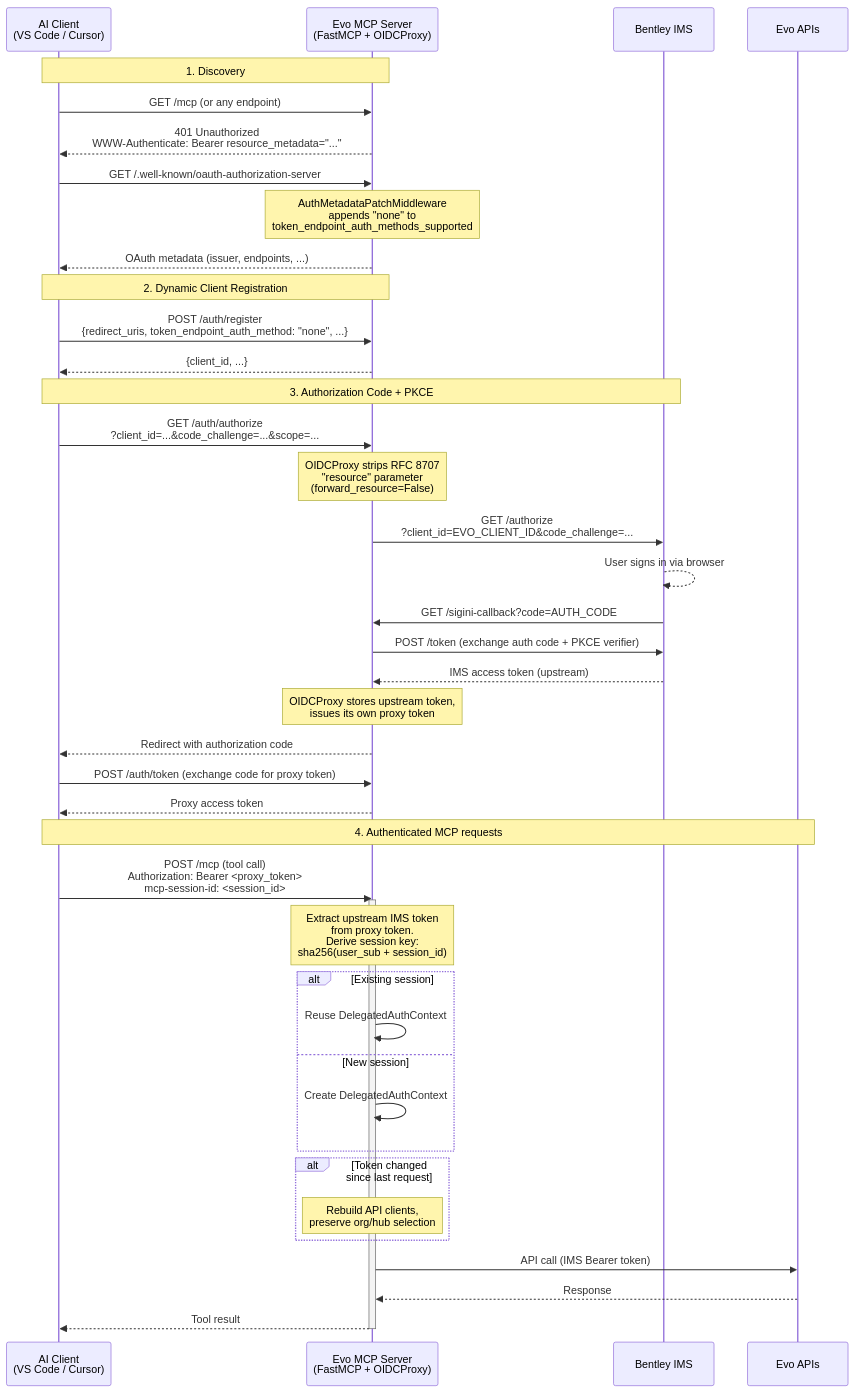
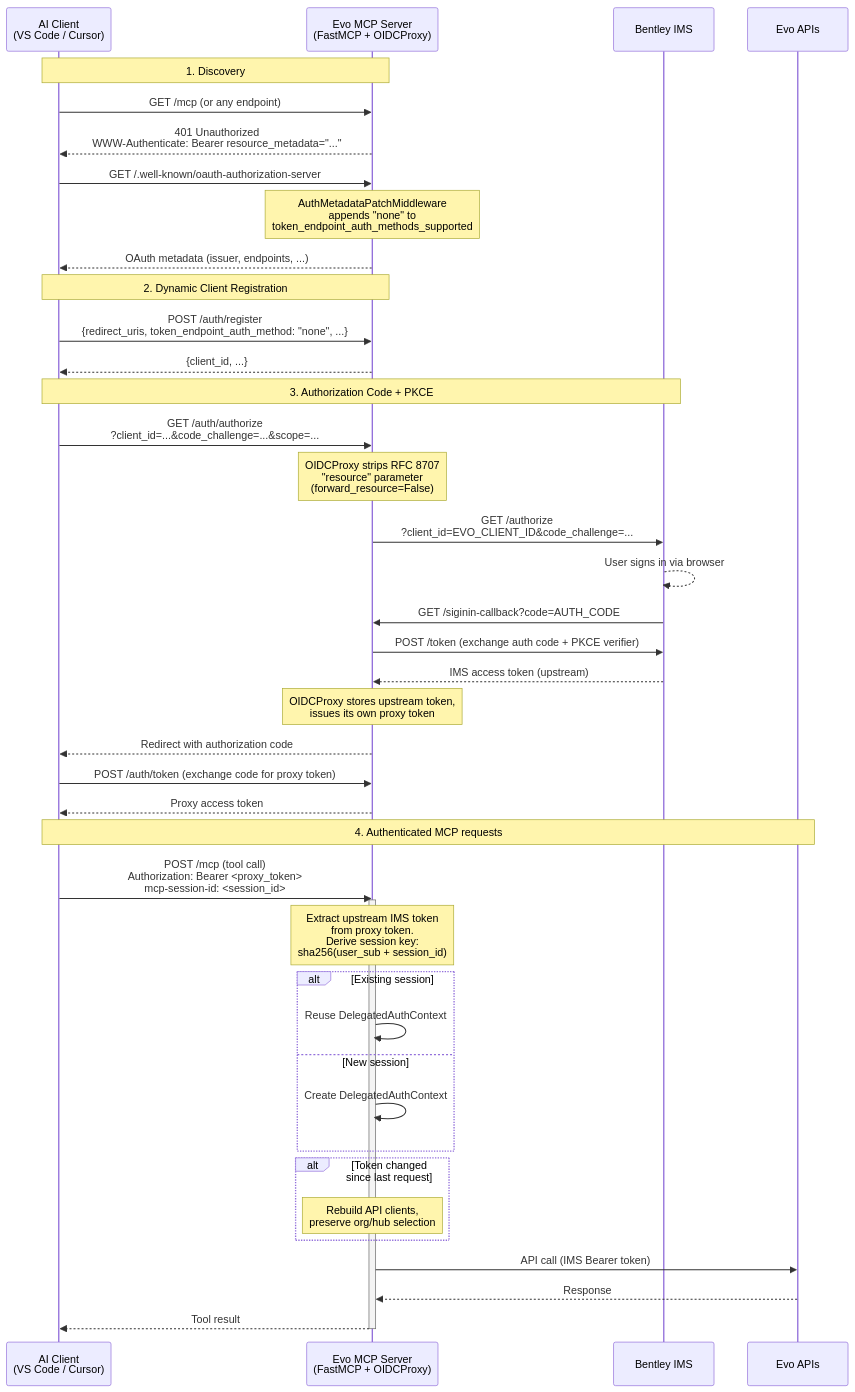
The fourth of 5 diagrams in docs/authentication.md (SeequentEvo/evo-mcp), drawn with Mermaid before and after one commit. The commit also changed 2 other files, not shown here.

Commit message:
fix(_CleanupTTLCache): remove redundant pop/popitem overrides; fix double-cleanup bug  - Remove pop() and popitem() overrides from _CleanupTTLCache.    Both were redundant and caused cleanup() to be called 2-3x per    eviction: Cache.pop() already calls del self[key] -> __delitem__,    which in turn calls _cleanup_value().  - Keep __delitem__, expire(), and clear() — each covers a distinct    eviction path that would otherwise bypass cleanup.  - Add tests asserting cleanup() is called exactly once for every    eviction path: TTL expiry, explicit del, pop(), maxsize eviction,    and clear().  - Consolidate all inline imports in test_session_isolation.py to the    top level; replace __import__() calls with a normal import.  - Refactor _make_mock_token() to include iat (defaults to current    POSIX time) so repeated calls with the same sub yield distinct    token strings, simplifying the token-refresh test.

````diff
--- a/docs/authentication.md
+++ b/docs/authentication.md
@@ -126,55 +126,55 @@
 ```mermaid
 sequenceDiagram
     participant Client as AI Client<br/>(VS Code / Cursor)
     participant MCP as Evo MCP Server<br/>(FastMCP + OIDCProxy)
     participant IMS as Bentley IMS
     participant Evo as Evo APIs
 
     Note over Client,MCP: 1. Discovery
     Client->>MCP: GET /mcp (or any endpoint)
     MCP-->>Client: 401 Unauthorized<br/>WWW-Authenticate: Bearer resource_metadata="..."
 
     Client->>MCP: GET /.well-known/oauth-authorization-server
     Note over MCP: AuthMetadataPatchMiddleware<br/>appends "none" to<br/>token_endpoint_auth_methods_supported
     MCP-->>Client: OAuth metadata (issuer, endpoints, ...)
 
     Note over Client,MCP: 2. Dynamic Client Registration
     Client->>MCP: POST /auth/register<br/>{redirect_uris, token_endpoint_auth_method: "none", ...}
     MCP-->>Client: {client_id, ...}
 
     Note over Client,IMS: 3. Authorization Code + PKCE
     Client->>MCP: GET /auth/authorize<br/>?client_id=...&code_challenge=...&scope=...
     Note over MCP: OIDCProxy strips RFC 8707<br/>"resource" parameter<br/>(forward_resource=False)
     MCP->>IMS: GET /authorize<br/>?client_id=EVO_CLIENT_ID&code_challenge=...
     IMS-->>IMS: User signs in via browser
-    IMS->>MCP: GET /sigini-callback?code=AUTH_CODE
+    IMS->>MCP: GET /siginin-callback?code=AUTH_CODE
     MCP->>IMS: POST /token (exchange auth code + PKCE verifier)
     IMS-->>MCP: IMS access token (upstream)
 
     Note over MCP: OIDCProxy stores upstream token,<br/>issues its own proxy token
     MCP-->>Client: Redirect with authorization code
     Client->>MCP: POST /auth/token (exchange code for proxy token)
     MCP-->>Client: Proxy access token
 
     Note over Client,Evo: 4. Authenticated MCP requests
     Client->>MCP: POST /mcp (tool call)<br/>Authorization: Bearer <proxy_token><br/>mcp-session-id: <session_id>
     activate MCP
 
     Note over MCP: Extract upstream IMS token<br/>from proxy token.<br/>Derive session key:<br/>sha256(user_sub + session_id)
 
     alt Existing session
         MCP->>MCP: Reuse DelegatedAuthContext
     else New session
         MCP->>MCP: Create DelegatedAuthContext
     end
 
     alt Token changed since last request
         Note over MCP: Rebuild API clients,<br/>preserve org/hub selection
     end
 
     MCP->>Evo: API call (IMS Bearer token)
     Evo-->>MCP: Response
     MCP-->>Client: Tool result
 
     deactivate MCP
 ```
````
